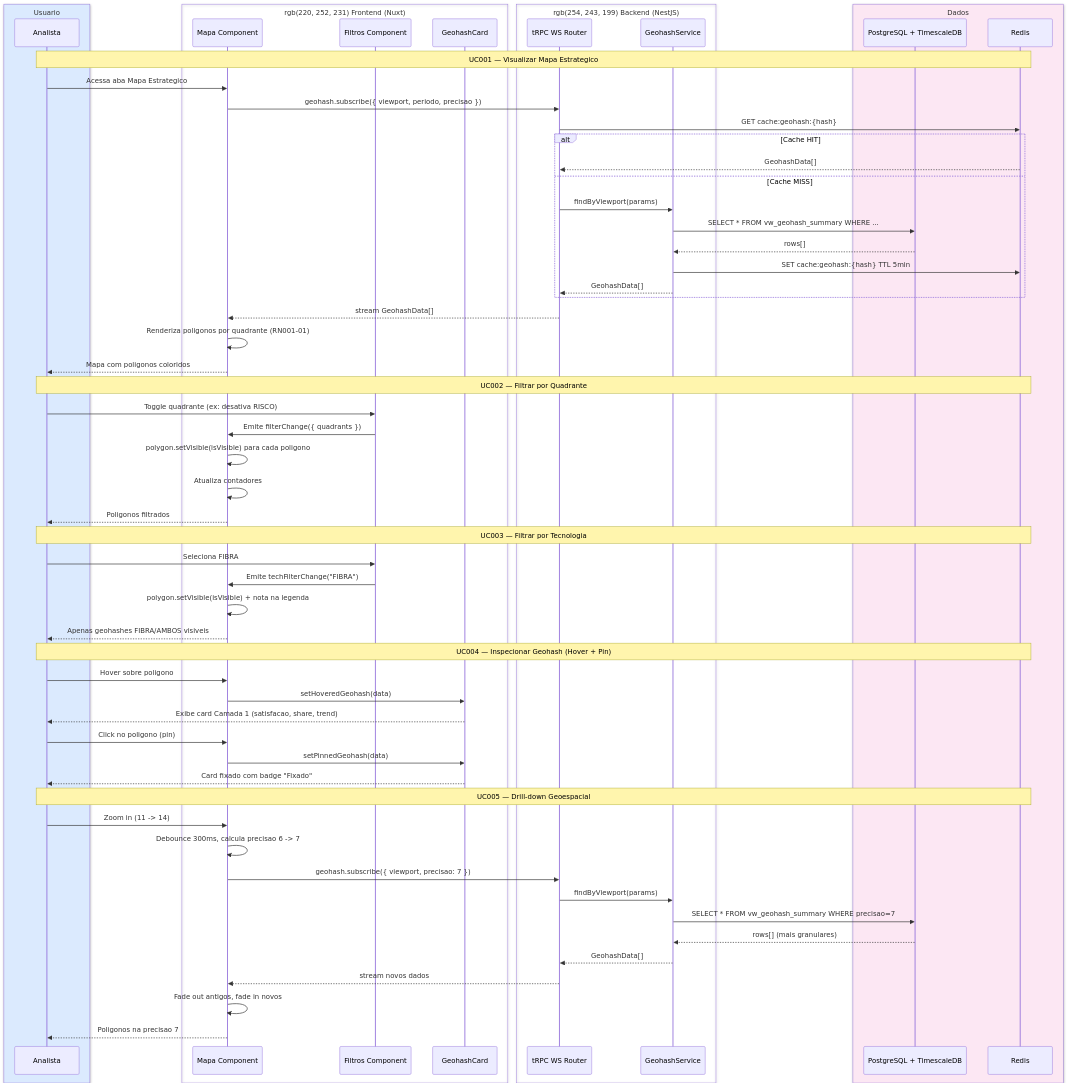
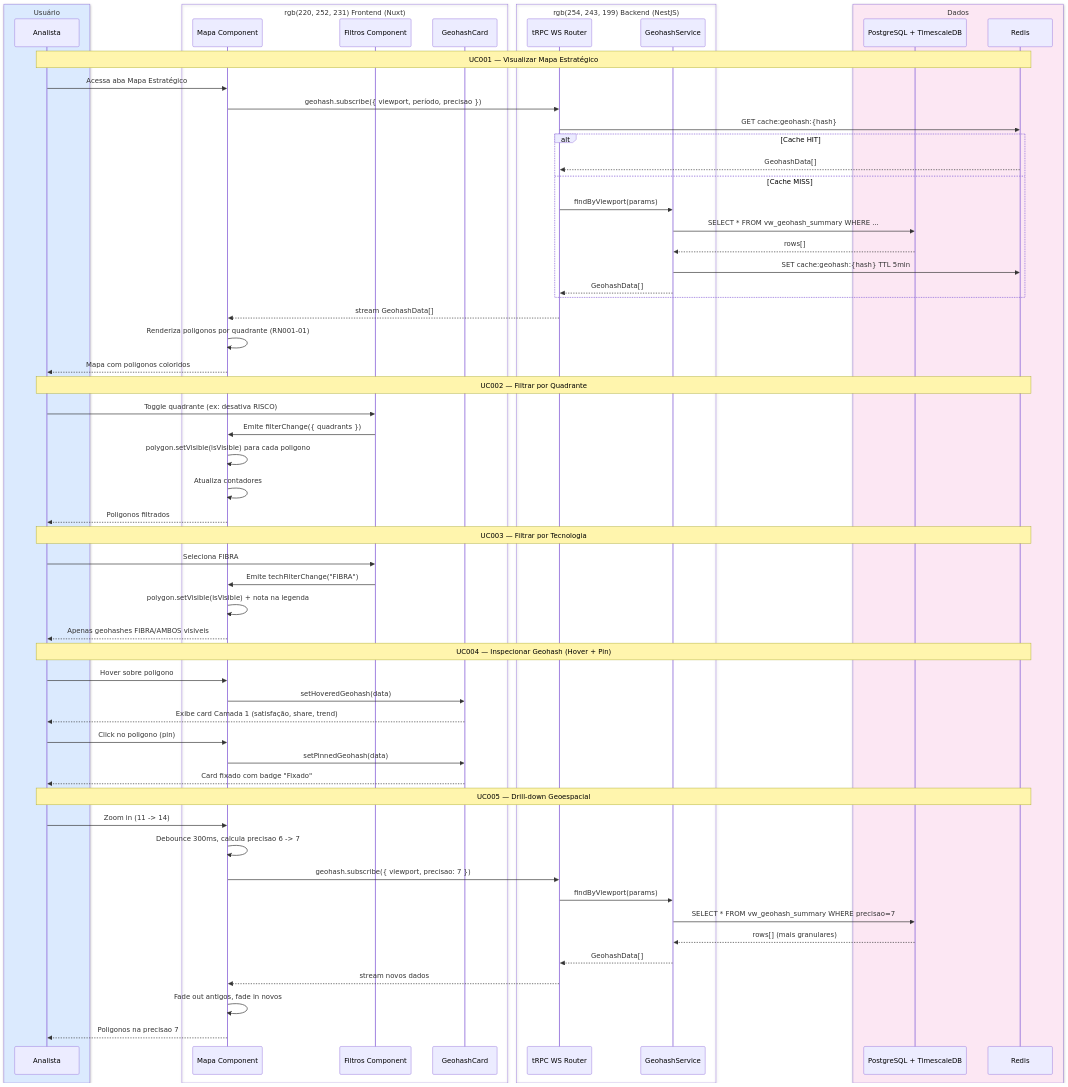
The diagram in docs/use-cases/diagrams/SD001-navegacao-mapa.md (zooxsmart-ailabs/vivo), drawn with Mermaid before and after one commit. The commit also changed other lines of this file and 59 other files, not shown here.

````diff
--- a/docs/use-cases/diagrams/SD001-navegacao-mapa.md
+++ b/docs/use-cases/diagrams/SD001-navegacao-mapa.md
@@ -9,74 +9,74 @@
 ```mermaid
 sequenceDiagram
-    box rgb(219, 234, 254) Usuario
+    box rgb(219, 234, 254) Usuário
         participant U as Analista
     end
     box rgb(220, 252, 231) Frontend (Nuxt)
         participant MAP as Mapa Component
         participant FILT as Filtros Component
         participant CARD as GeohashCard
     end
     box rgb(254, 243, 199) Backend (NestJS)
         participant WS as tRPC WS Router
         participant SVC as GeohashService
     end
     box rgb(252, 231, 243) Dados
         participant DB as PostgreSQL + TimescaleDB
         participant CACHE as Redis
     end
 
-    Note over U,CACHE: UC001 — Visualizar Mapa Estrategico
+    Note over U,CACHE: UC001 — Visualizar Mapa Estratégico
 
-    U->>MAP: Acessa aba Mapa Estrategico
-    MAP->>WS: geohash.subscribe({ viewport, periodo, precisao })
+    U->>MAP: Acessa aba Mapa Estratégico
+    MAP->>WS: geohash.subscribe({ viewport, período, precisao })
     WS->>CACHE: GET cache:geohash:{hash}
     alt Cache HIT
         CACHE-->>WS: GeohashData[]
     else Cache MISS
         WS->>SVC: findByViewport(params)
         SVC->>DB: SELECT * FROM vw_geohash_summary WHERE ...
         DB-->>SVC: rows[]
         SVC->>CACHE: SET cache:geohash:{hash} TTL 5min
         SVC-->>WS: GeohashData[]
     end
     WS-->>MAP: stream GeohashData[]
     MAP->>MAP: Renderiza poligonos por quadrante (RN001-01)
     MAP-->>U: Mapa com poligonos coloridos
 
     Note over U,CACHE: UC002 — Filtrar por Quadrante
 
     U->>FILT: Toggle quadrante (ex: desativa RISCO)
     FILT->>MAP: Emite filterChange({ quadrants })
     MAP->>MAP: polygon.setVisible(isVisible) para cada poligono
     MAP->>MAP: Atualiza contadores
     MAP-->>U: Poligonos filtrados
 
     Note over U,CACHE: UC003 — Filtrar por Tecnologia
 
     U->>FILT: Seleciona FIBRA
     FILT->>MAP: Emite techFilterChange("FIBRA")
     MAP->>MAP: polygon.setVisible(isVisible) + nota na legenda
     MAP-->>U: Apenas geohashes FIBRA/AMBOS visiveis
 
     Note over U,CACHE: UC004 — Inspecionar Geohash (Hover + Pin)
 
     U->>MAP: Hover sobre poligono
     MAP->>CARD: setHoveredGeohash(data)
-    CARD-->>U: Exibe card Camada 1 (satisfacao, share, trend)
+    CARD-->>U: Exibe card Camada 1 (satisfação, share, trend)
     U->>MAP: Click no poligono (pin)
     MAP->>CARD: setPinnedGeohash(data)
     CARD-->>U: Card fixado com badge "Fixado"
 
     Note over U,CACHE: UC005 — Drill-down Geoespacial
 
     U->>MAP: Zoom in (11 -> 14)
     MAP->>MAP: Debounce 300ms, calcula precisao 6 -> 7
     MAP->>WS: geohash.subscribe({ viewport, precisao: 7 })
     WS->>SVC: findByViewport(params)
     SVC->>DB: SELECT * FROM vw_geohash_summary WHERE precisao=7
     DB-->>SVC: rows[] (mais granulares)
     SVC-->>WS: GeohashData[]
     WS-->>MAP: stream novos dados
     MAP->>MAP: Fade out antigos, fade in novos
     MAP-->>U: Poligonos na precisao 7
 ```
````
